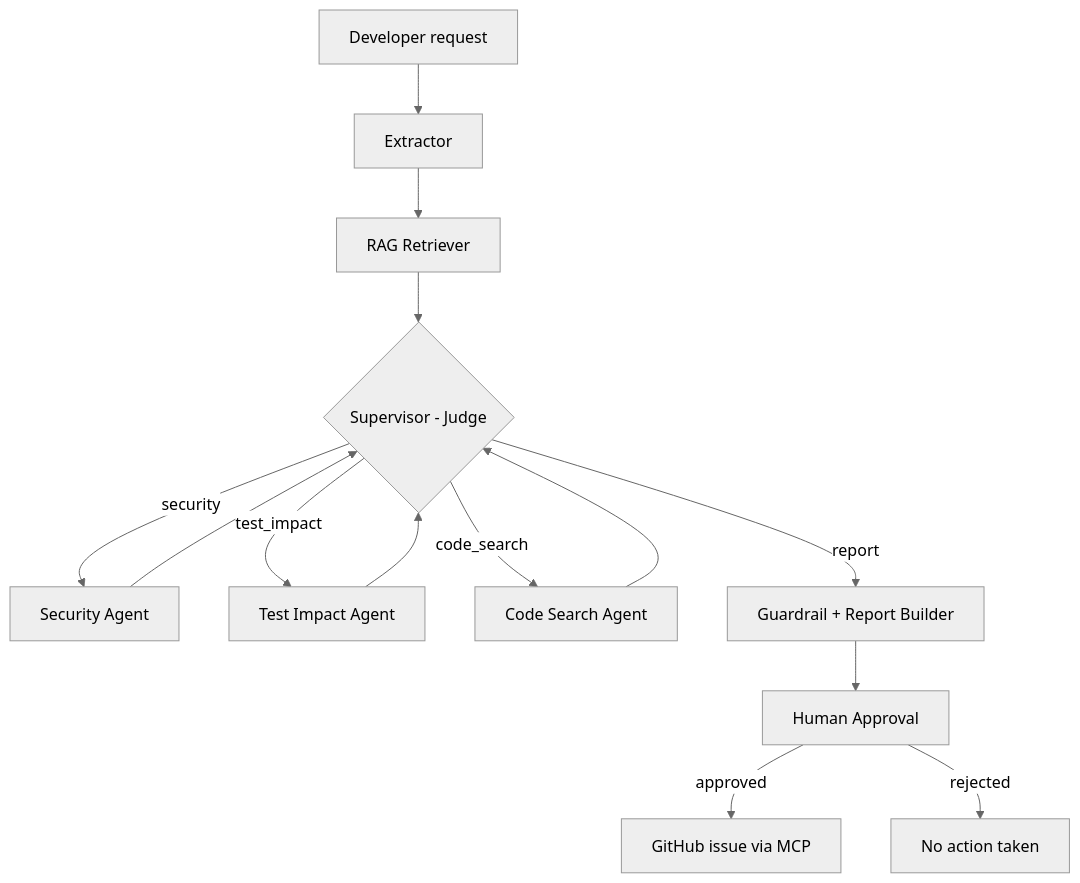
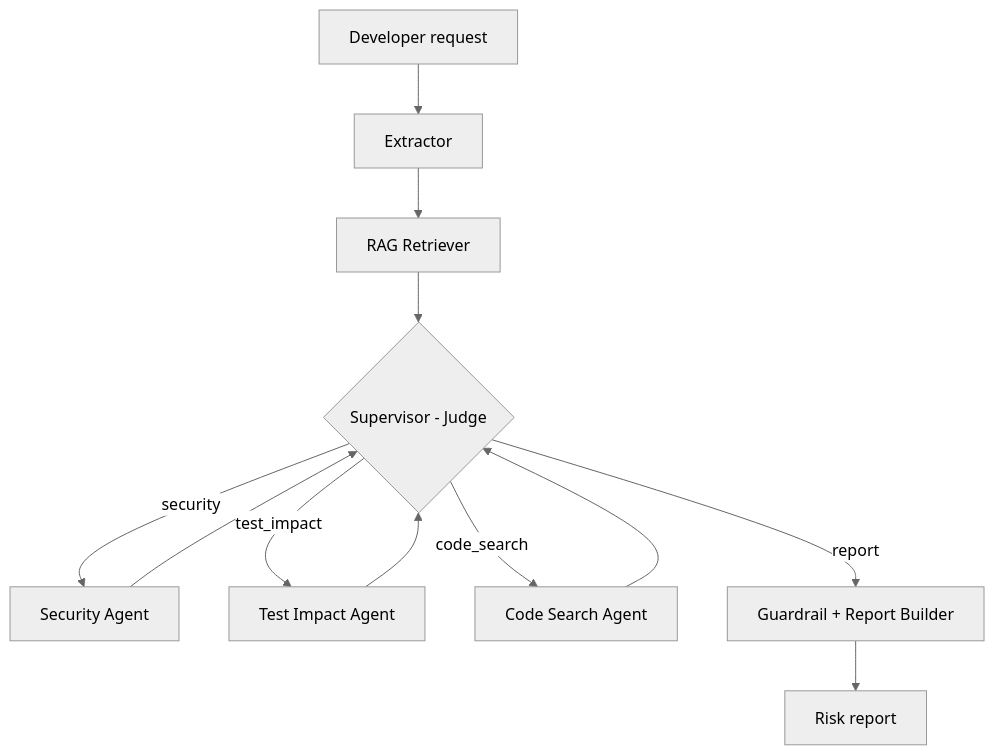
One commit to shrisha-kokku/ChangeRisk-AI changed the first of 2 diagrams in README.md. Above: the diagram before and after it, drawn with Mermaid (neutral theme). The commit also changed other lines of this file and 22 other files, not shown here.

````diff
--- a/README.md
+++ b/README.md
@@ -24,16 +30,14 @@
 ```mermaid
 flowchart TD
     A[Developer request] --> B[Extractor]
     B --> C[RAG Retriever]
     C --> D{Supervisor - Judge}
     D -->|security| E[Security Agent]
     D -->|test_impact| F[Test Impact Agent]
     D -->|code_search| G[Code Search Agent]
     E --> D
     F --> D
     G --> D
     D -->|report| H[Guardrail + Report Builder]
-    H --> I[Human Approval]
-    I -->|approved| J[GitHub issue via MCP]
-    I -->|rejected| K[No action taken]
+    H --> I[Risk report]
 ```
````
